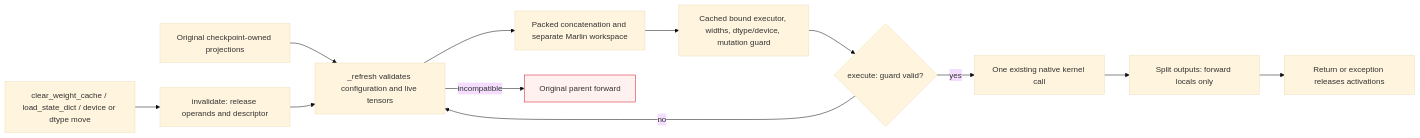
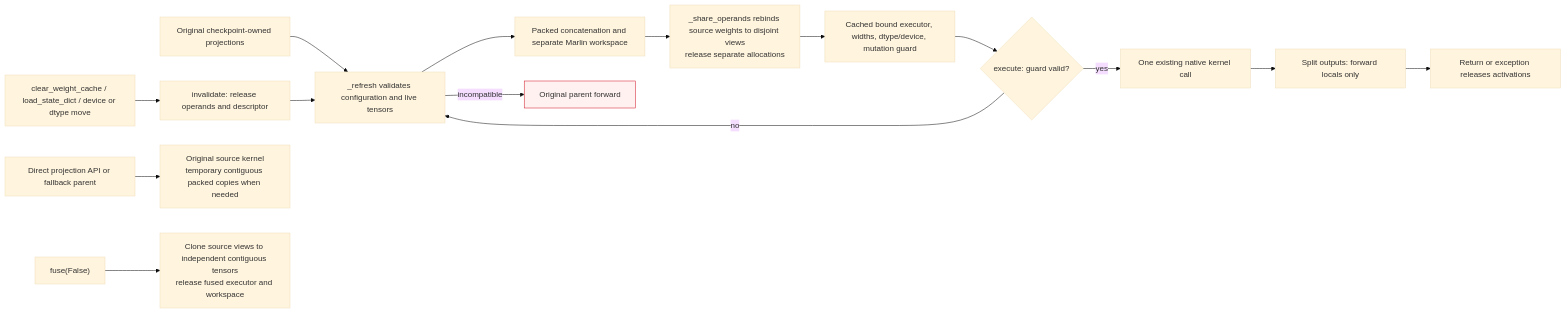
The second of 3 diagrams in docs/fusion-planner.md (ModelCloud/GPTQModel), drawn with Mermaid (base theme) before and after one commit. The commit also changed other lines of this file and 15 other files, not shown here.

Commit message:
fix(fusion): opt in and share packed source storage

````diff
--- a/docs/fusion-planner.md
+++ b/docs/fusion-planner.md
@@ -164,15 +149,17 @@
 ```mermaid
 flowchart LR
     SOURCE["Original checkpoint-owned projections"] --> REFRESH["_refresh validates configuration and live tensors"]
-    REFRESH --> BUILD["Packed concatenation and separate Marlin workspace"]
-    BUILD --> DESCRIPTOR["Cached bound executor, widths, dtype/device, mutation guard"]
+    REFRESH --> BUILD["Packed concatenation and separate Marlin workspace"] --> VIEWS["_share_operands rebinds source weights to disjoint views<br/>release separate allocations"]
+    VIEWS --> DESCRIPTOR["Cached bound executor, widths, dtype/device, mutation guard"]
     DESCRIPTOR --> VALID{"execute: guard valid?"}
     VALID -->|"yes"| USE["One existing native kernel call"]
     VALID -->|"no"| REFRESH
     REFRESH -->|"incompatible"| FALLBACK["Original parent forward"]
     USE --> OUT["Split outputs: forward locals only"]
     OUT --> RELEASE["Return or exception releases activations"]
     MUTATE["clear_weight_cache / load_state_dict / device or dtype move"] --> INVALID["invalidate: release operands and descriptor"]
     INVALID --> REFRESH
+    DIRECT["Direct projection API or fallback parent"] --> LEAF["Original source kernel<br/>temporary contiguous packed copies when needed"]
+    OFF["fuse(False)"] --> RESTORE["Clone source views to independent contiguous tensors<br/>release fused executor and workspace"]
     style FALLBACK fill:#fff1f0,stroke:#cf1322
 ```
````
